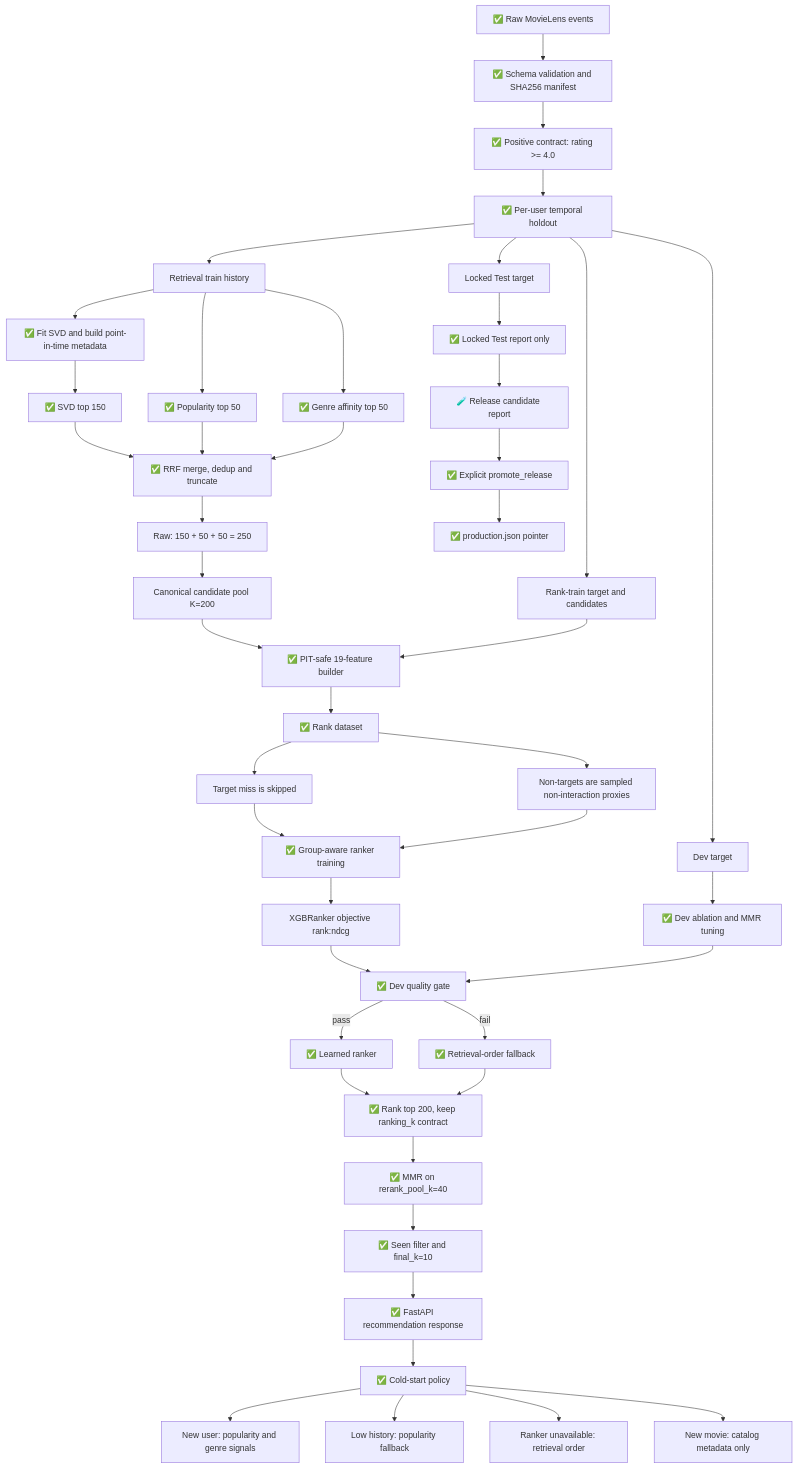
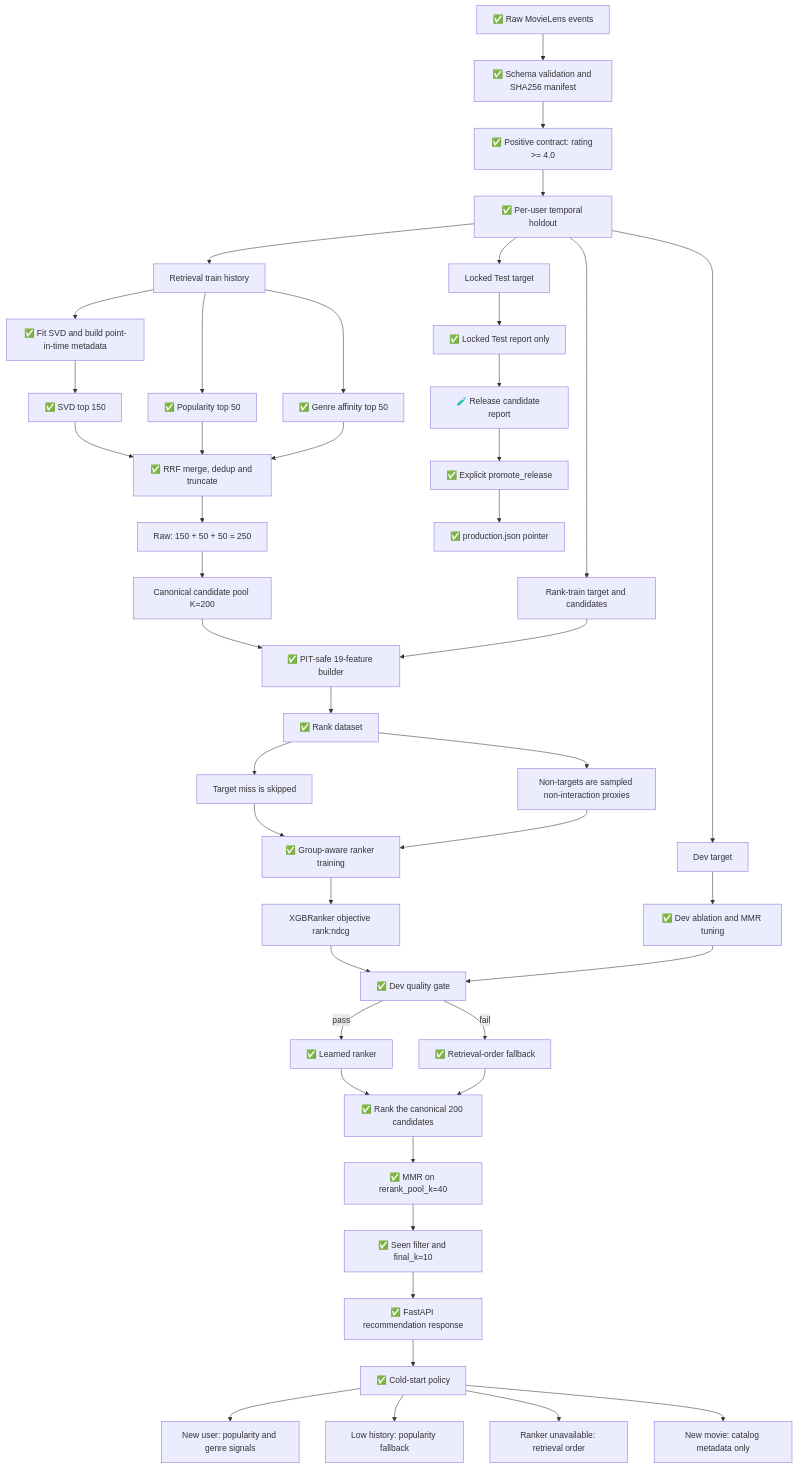
Before and after one commit to haminhthong/Two-Stage-Movie-Recommender: the diagram in README.md, drawn with Mermaid. The commit also changed other lines of this file and 47 other files, not shown here.

````diff
--- a/README.md
+++ b/README.md
@@ -74,52 +74,52 @@
 ```mermaid
 flowchart TD
     A["✅ Raw MovieLens events"] --> B["✅ Schema validation and SHA256 manifest"]
     B --> C["✅ Positive contract: rating >= 4.0"]
     C --> D["✅ Per-user temporal holdout"]
     D --> D1["Retrieval train history"]
     D --> D2["Rank-train target and candidates"]
     D --> D3["Dev target"]
     D --> D4["Locked Test target"]
 
     D1 --> E["✅ Fit SVD and build point-in-time metadata"]
     E --> R1["✅ SVD top 150"]
     D1 --> R2["✅ Popularity top 50"]
     D1 --> R3["✅ Genre affinity top 50"]
 
     R1 --> M["✅ RRF merge, dedup and truncate"]
     R2 --> M
     R3 --> M
     M --> M1["Raw: 150 + 50 + 50 = 250"]
     M1 --> M2["Canonical candidate pool K=200"]
 
     M2 --> N["✅ PIT-safe 19-feature builder"]
     D2 --> N
     N --> Q["✅ Rank dataset"]
     Q --> Q1["Target miss is skipped"]
     Q --> Q2["Non-targets are sampled non-interaction proxies"]
     Q1 --> T["✅ Group-aware ranker training"]
     Q2 --> T
     T --> T1["XGBRanker objective rank:ndcg"]
     T1 --> G["✅ Dev quality gate"]
     G -->|pass| H["✅ Learned ranker"]
     G -->|fail| I["✅ Retrieval-order fallback"]
 
-    H --> J["✅ Rank top 200, keep ranking_k contract"]
+    H --> J["✅ Rank the canonical 200 candidates"]
     I --> J
     J --> K["✅ MMR on rerank_pool_k=40"]
     K --> L["✅ Seen filter and final_k=10"]
     L --> O["✅ FastAPI recommendation response"]
 
     D3 --> V["✅ Dev ablation and MMR tuning"]
     V --> G
     D4 --> W["✅ Locked Test report only"]
     W --> X["🧪 Release candidate report"]
     X --> Y["✅ Explicit promote_release"]
     Y --> Z["✅ production.json pointer"]
 
     O --> CS["✅ Cold-start policy"]
     CS --> CS1["New user: popularity and genre signals"]
     CS --> CS2["Low history: popularity fallback"]
     CS --> CS3["Ranker unavailable: retrieval order"]
     CS --> CS4["New movie: catalog metadata only"]
 ```
````
